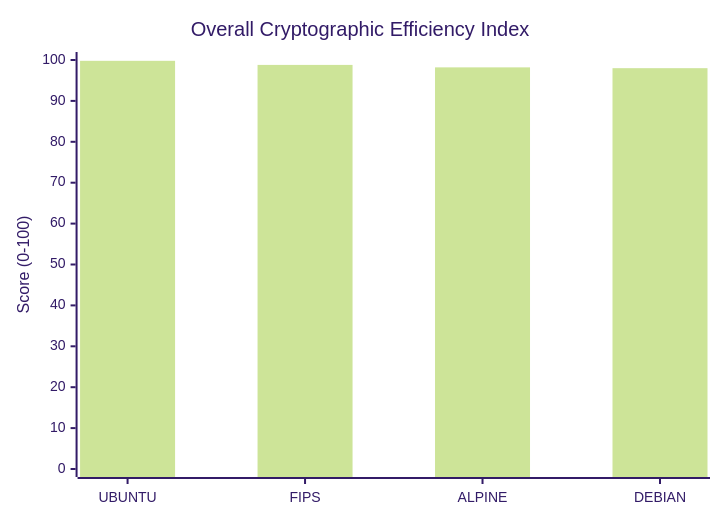
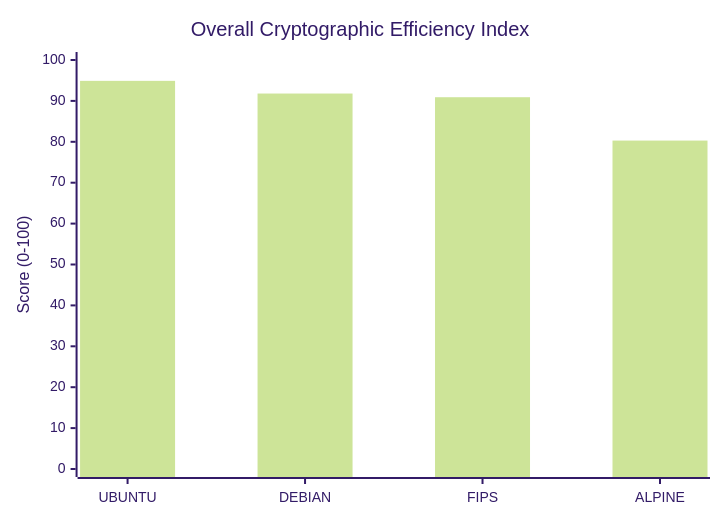
Before and after one commit to taha2samy/openssl_fips: the ninth of 9 diagrams in docs/Comparison_Report.md, drawn with Mermaid (forest theme). The commit also changed other lines of this file and 5 other files, not shown here.

````diff
--- a/docs/Comparison_Report.md
+++ b/docs/Comparison_Report.md
@@ -182,7 +182,7 @@
 ```mermaid
 xychart-beta
     title "Overall Cryptographic Efficiency Index"
-    x-axis [UBUNTU, FIPS, ALPINE, DEBIAN]
+    x-axis [UBUNTU, DEBIAN, FIPS, ALPINE]
     y-axis "Score (0-100)" 0 --> 100
-    bar [99.8, 98.8, 98.2, 98.0]
+    bar [94.9, 91.8, 90.9, 80.3]
 ```
````
